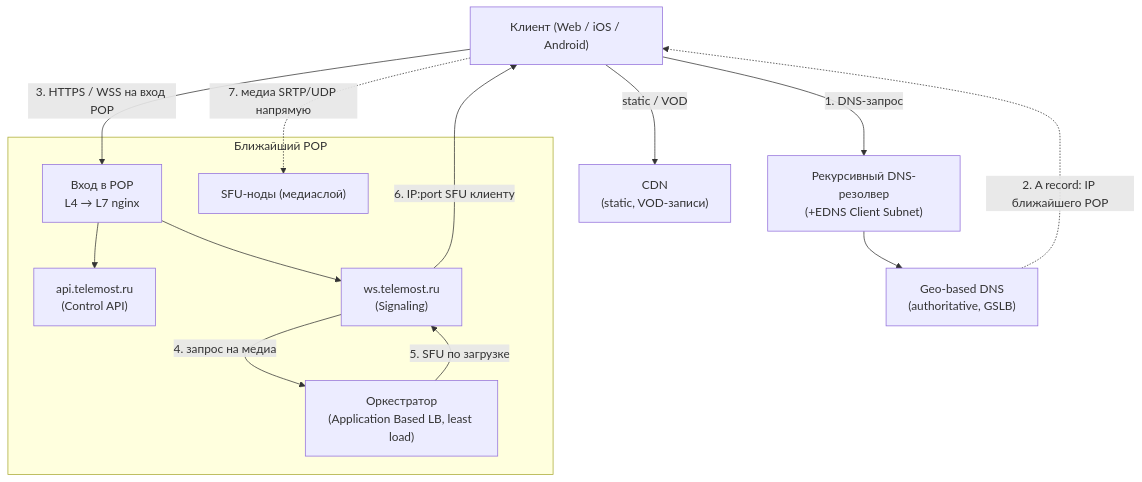
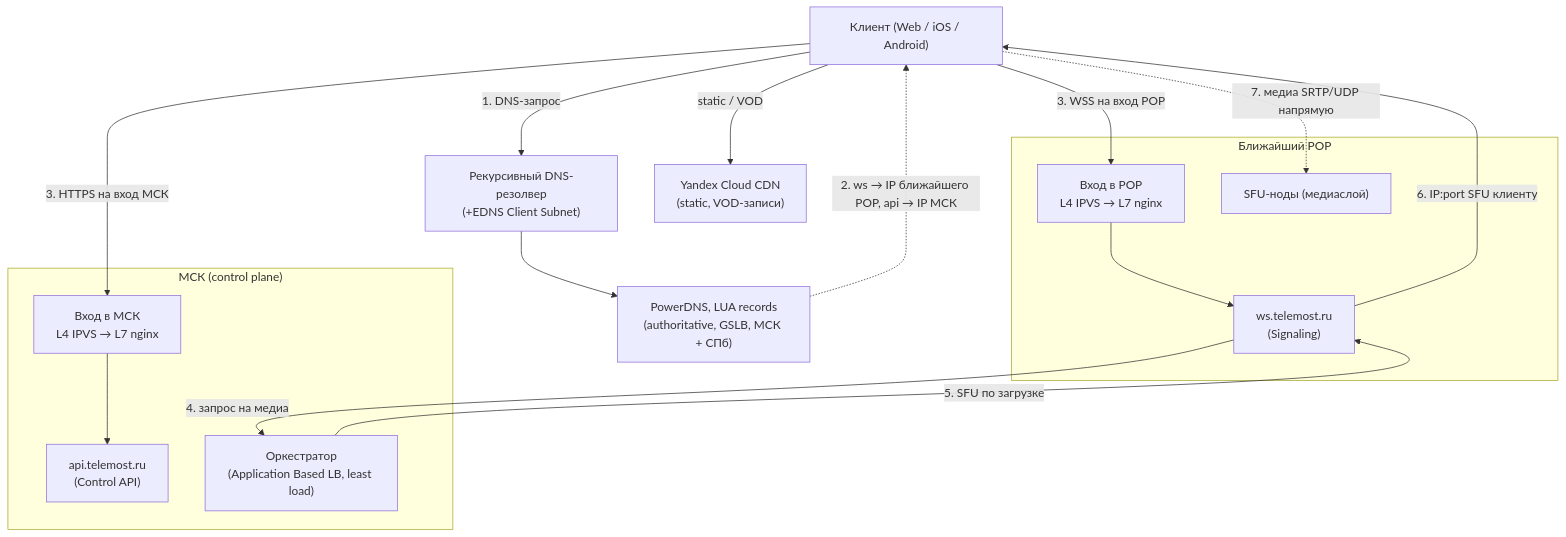
Before and after one commit to armishev/highload_course_project: the first of 5 diagrams in README.md, drawn with Mermaid. The commit also changed other lines of this file, not shown here.

````diff
--- a/README.md
+++ b/README.md
@@ -461,27 +485,32 @@
 ```mermaid
 flowchart TD
     U["Клиент (Web / iOS / Android)"]
     R["Рекурсивный DNS-резолвер<br/>(+EDNS Client Subnet)"]
-    G["Geo-based DNS<br/>(authoritative, GSLB)"]
-    CDN["CDN<br/>(static, VOD-записи)"]
+    G["PowerDNS, LUA records<br/>(authoritative, GSLB, МСК + СПб)"]
+    CDN["Yandex Cloud CDN<br/>(static, VOD-записи)"]
 
     subgraph POP["Ближайший POP"]
-        VIP["Вход в POP<br/>L4 → L7 nginx"]
+        VIP["Вход в POP<br/>L4 IPVS → L7 nginx"]
+        WS["ws.telemost.ru<br/>(Signaling)"]
+        SFU["SFU-ноды (медиаслой)"]
+    end
+
+    subgraph MSK["МСК (control plane)"]
+        VIPM["Вход в МСК<br/>L4 IPVS → L7 nginx"]
         API["api.telemost.ru<br/>(Control API)"]
-        WS["ws.telemost.ru<br/>(Signaling)"]
         O["Оркестратор<br/>(Application Based LB, least load)"]
-        SFU["SFU-ноды (медиаслой)"]
     end
 
     U -->|"1. DNS-запрос"| R
     R --> G
-    G -.->|"2. A record: IP ближайшего POP"| U
-    U -->|"3. HTTPS / WSS на вход POP"| VIP
-    VIP --> API
+    G -.->|"2. ws → IP ближайшего POP, api → IP МСК"| U
+    U -->|"3. WSS на вход POP"| VIP
+    U -->|"3. HTTPS на вход МСК"| VIPM
+    VIPM --> API
     VIP --> WS
     WS -->|"4. запрос на медиа"| O
     O -->|"5. SFU по загрузке"| WS
     WS -->|"6. IP:port SFU клиенту"| U
     U -.->|"7. медиа SRTP/UDP напрямую"| SFU
     U -->|"static / VOD"| CDN
 ```
````
